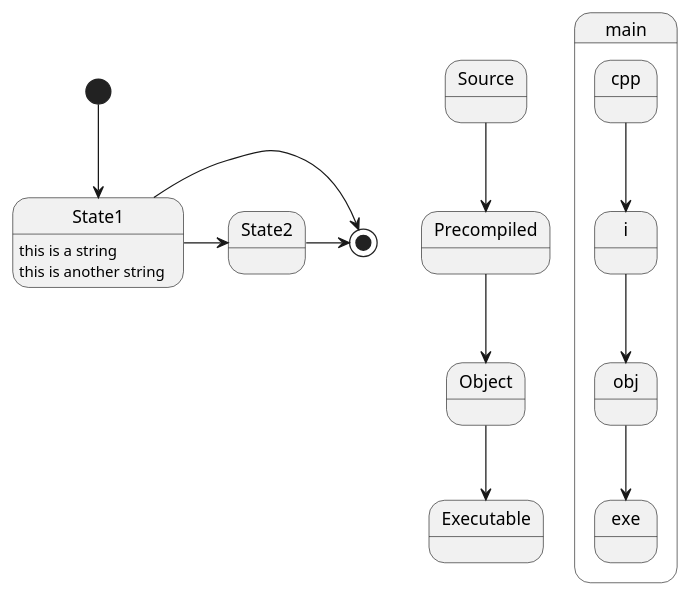
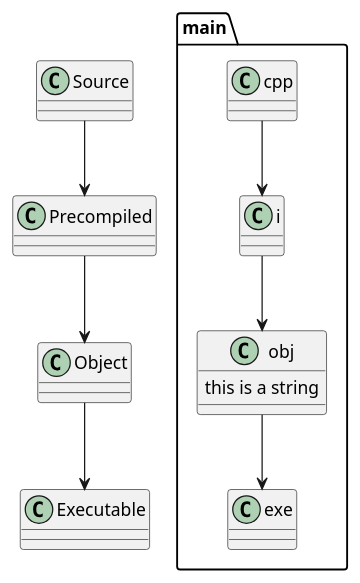
Before and after one commit to Obywatelecki/CppTraining: the diagram in book/999/test.md, drawn with PlantUML.

```diff
--- a/book/999/test.md
+++ b/book/999/test.md
@@ -4,20 +4,15 @@
 {% plantuml %}
 
 Source --> Precompiled
 Precompiled --> Object
 Object --> Executable
 
 main.cpp --> main.i
 main.i --> main.obj
 main.obj --> main.exe
+main.obj : this is a string
 
-[*] --> State1
-State1 -> [*]
-State1 -> State2
-State2 -> [*]
-State1 : this is a string
-State1 : this is another string
 
 
   
 {% endplantuml %}
```
